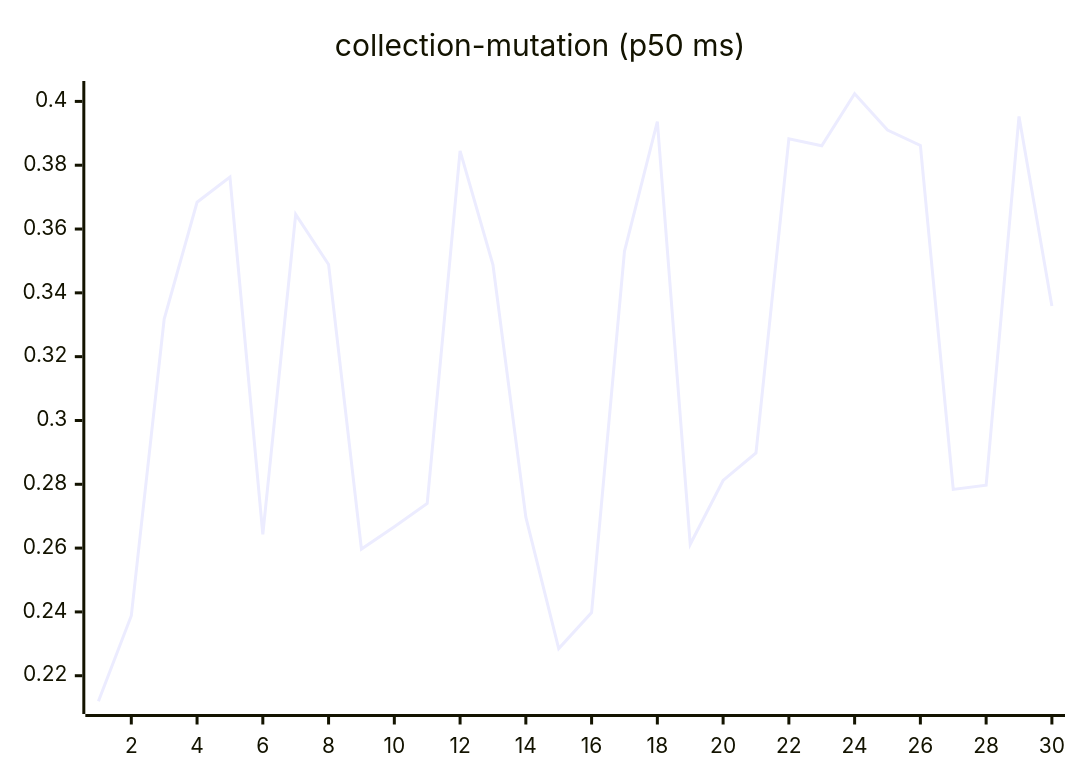
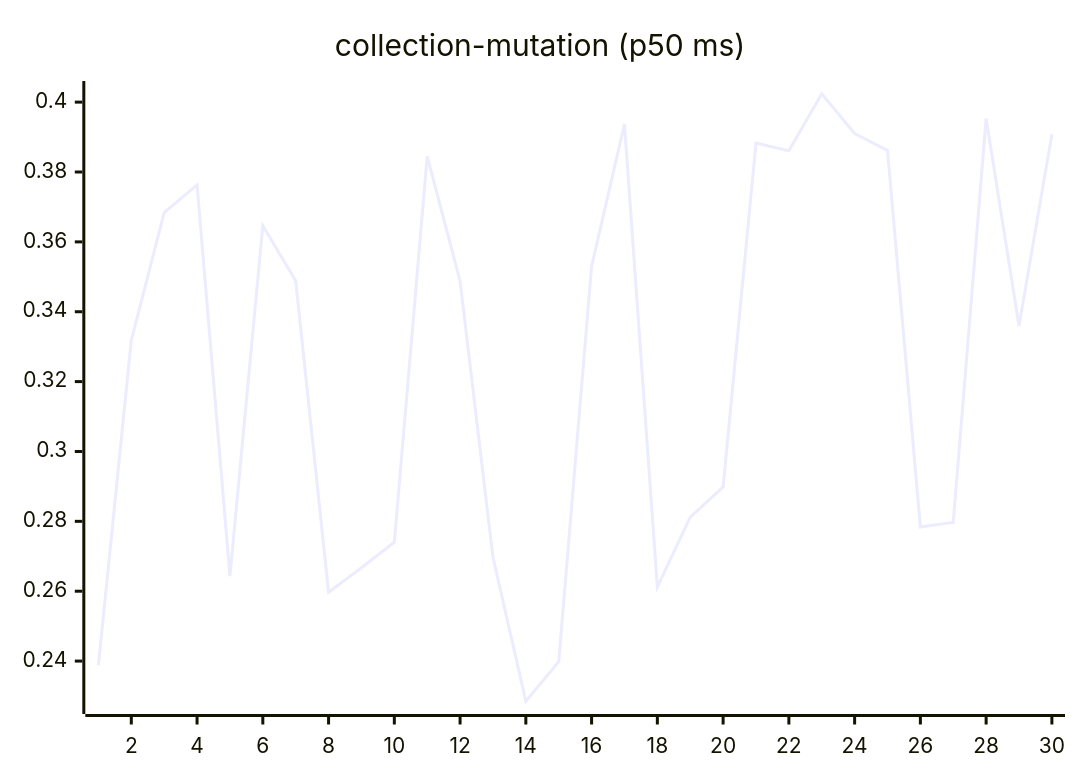
Before and after one commit to josha/Facet: the sixth of 27 diagrams in README.md, drawn with Mermaid. The commit also changed other lines of this file and 2 other files, not shown here.

````diff
--- a/README.md
+++ b/README.md
@@ -98,6 +98,6 @@
 ```mermaid
 xychart-beta
     title "collection-mutation (p50 ms)"
     x-axis 1 --> 30
-    line [0.2120, 0.2388, 0.3318, 0.3684, 0.3763, 0.2643, 0.3646, 0.3489, 0.2597, 0.2667, 0.2740, 0.3845, 0.3488, 0.2697, 0.2285, 0.2398, 0.3530, 0.3937, 0.2612, 0.2812, 0.2898, 0.3883, 0.3861, 0.4024, 0.3910, 0.3862, 0.2784, 0.2797, 0.3953, 0.3359]
+    line [0.2388, 0.3318, 0.3684, 0.3763, 0.2643, 0.3646, 0.3489, 0.2597, 0.2667, 0.2740, 0.3845, 0.3488, 0.2697, 0.2285, 0.2398, 0.3530, 0.3937, 0.2612, 0.2812, 0.2898, 0.3883, 0.3861, 0.4024, 0.3910, 0.3862, 0.2784, 0.2797, 0.3953, 0.3359, 0.3908]
 ```
````
